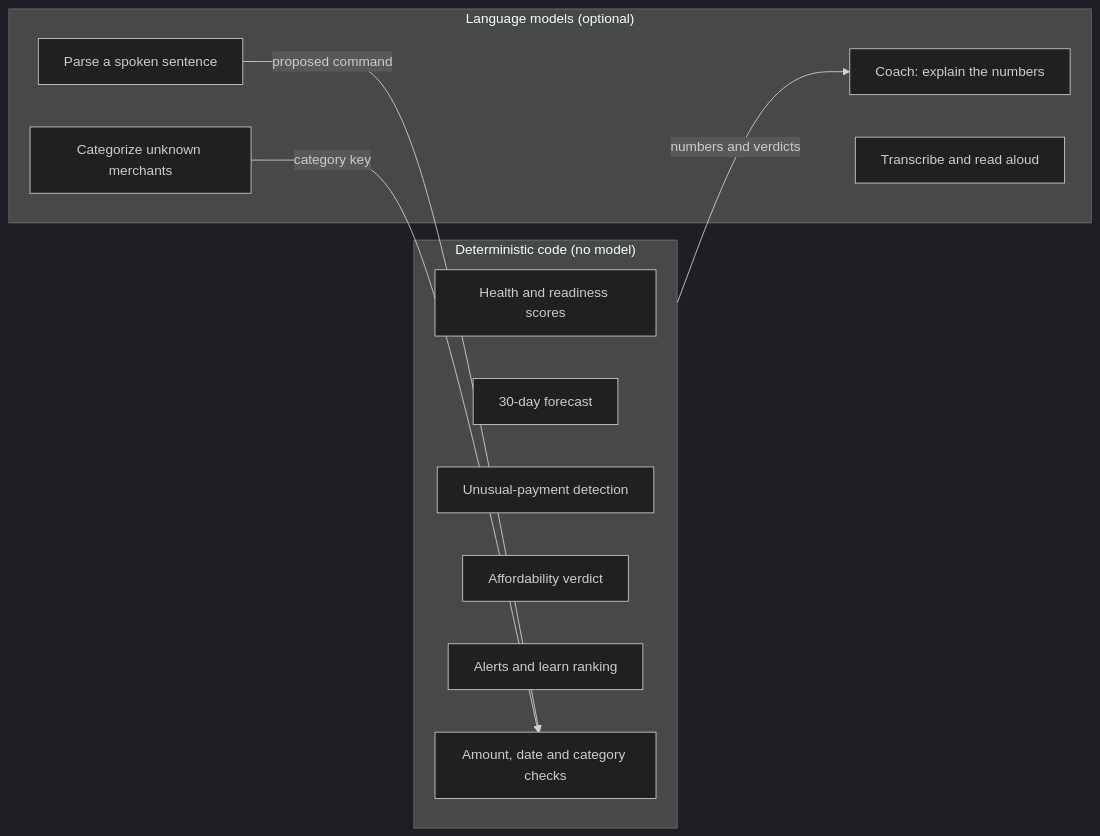
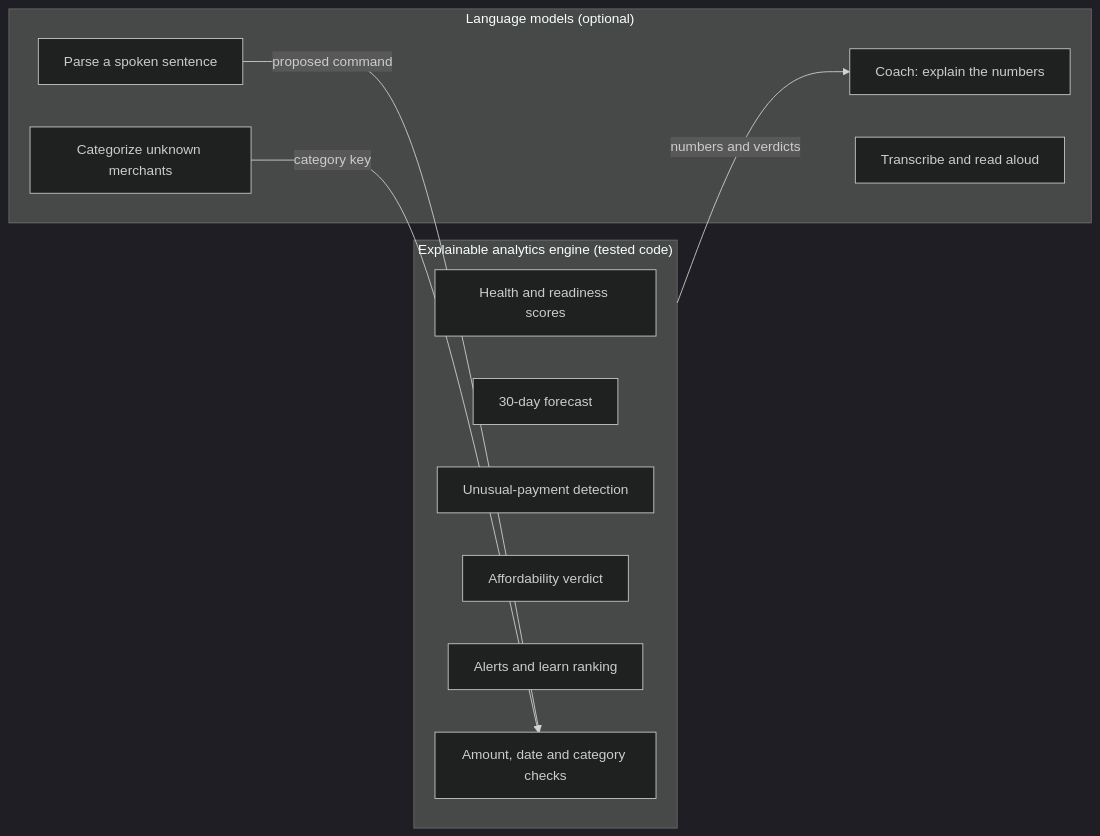
The sixth of 11 diagrams in docs/PROJECT_REPORT.md (AlchemistReturns/upay-compass), drawn with Mermaid (dark theme) before and after one commit. The commit also changed other lines of this file, not shown here.

Commit message:
docs(report): reword the analytics approach positively

````diff
--- a/docs/PROJECT_REPORT.md
+++ b/docs/PROJECT_REPORT.md
@@ -375,20 +375,20 @@
 ```mermaid
 flowchart LR
-  subgraph Code["Deterministic code (no model)"]
+  subgraph Code["Explainable analytics engine (tested code)"]
     A1[Health and readiness scores]
     A2[30-day forecast]
     A3[Unusual-payment detection]
     A4[Affordability verdict]
     A5[Alerts and learn ranking]
     A6[Amount, date and category checks]
   end
   subgraph Model["Language models (optional)"]
     B1[Coach: explain the numbers]
     B2[Categorize unknown merchants]
     B3[Parse a spoken sentence]
     B4[Transcribe and read aloud]
   end
   Code -- "numbers and verdicts" --> B1
   B3 -- "proposed command" --> A6
   B2 -- "category key" --> A6
 ```
````
